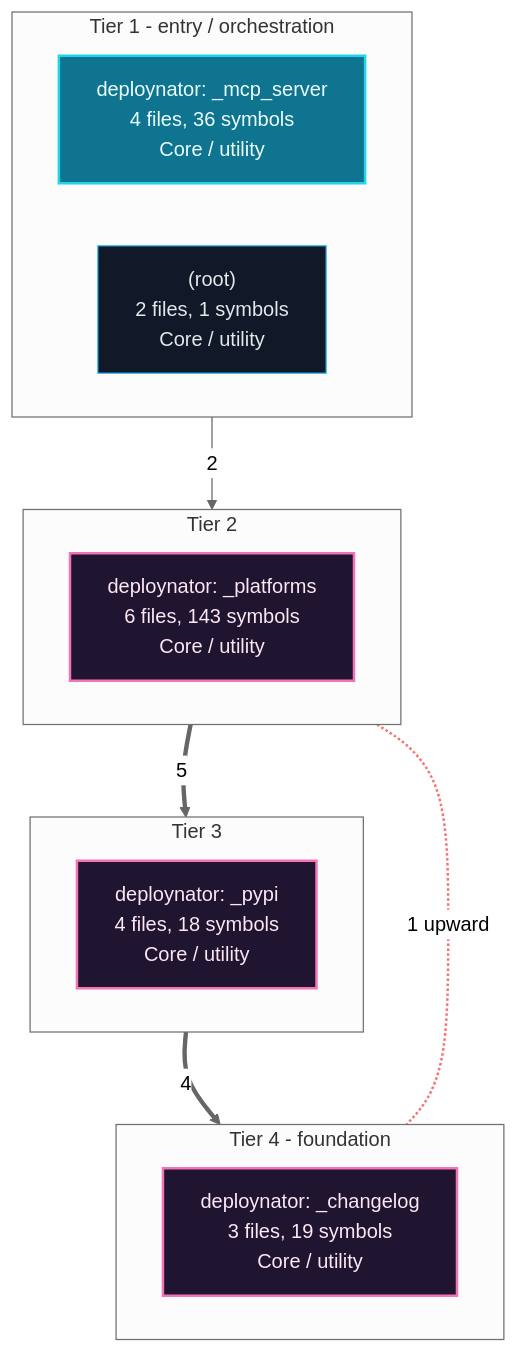
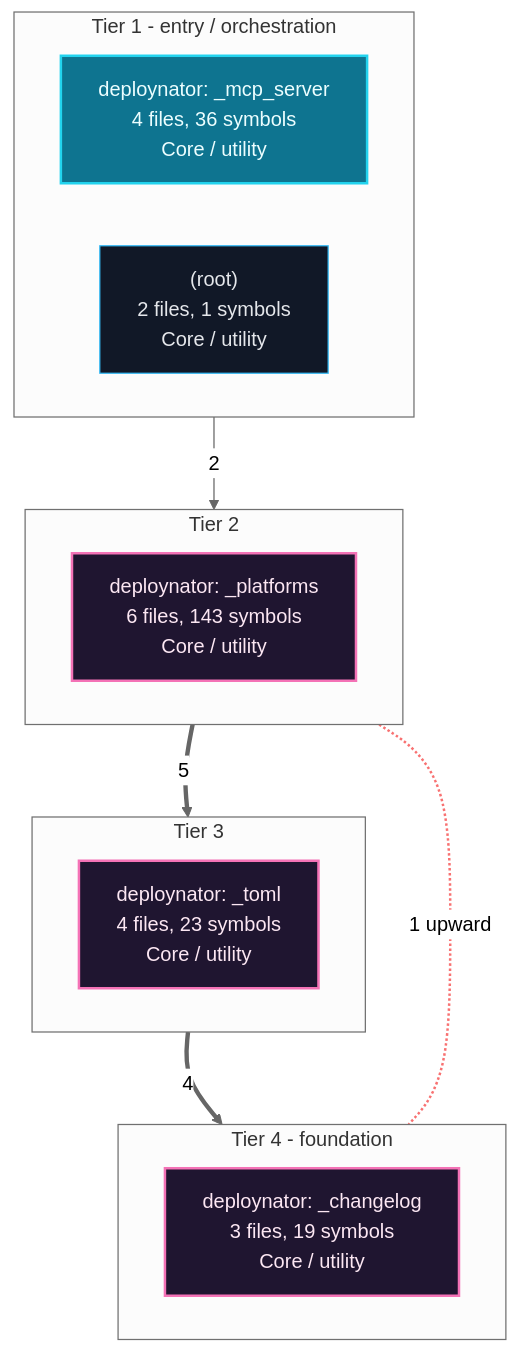
Before and after one commit to grisuno/deploynator: the first of 9 diagrams in readmenator-apidocs/architecture.md, drawn with Mermaid (neutral theme). The commit also changed other lines of this file and 82 other files, not shown here.

````diff
--- a/readmenator-apidocs/architecture.md
+++ b/readmenator-apidocs/architecture.md
@@ -11,31 +11,31 @@
 ```mermaid
 flowchart TB
     classDef cycle fill:#1f1530,stroke:#f472b6,color:#fce7f3,stroke-width:2px;
     classDef default fill:#111827,stroke:#38bdf8,color:#e5e7eb;
     classDef entry fill:#0e7490,stroke:#22d3ee,color:#ecfeff,stroke-width:2px;
     subgraph lane_0["Tier 1 - entry / orchestration"]
         direction LR
         n_c2["deploynator: _mcp_server<br/>4 files, 36 symbols<br/>Core / utility"]:::entry
         n_d__root_["(root)<br/>2 files, 1 symbols<br/>Core / utility"]:::default
     end
     subgraph lane_1["Tier 2"]
         direction LR
         n_c0["deploynator: _platforms<br/>6 files, 143 symbols<br/>Core / utility"]:::cycle
     end
     subgraph lane_2["Tier 3"]
         direction LR
-        n_c1["deploynator: _pypi<br/>4 files, 18 symbols<br/>Core / utility"]:::cycle
+        n_c1["deploynator: _toml<br/>4 files, 23 symbols<br/>Core / utility"]:::cycle
     end
     subgraph lane_3["Tier 4 - foundation"]
         direction LR
         n_c3["deploynator: _changelog<br/>3 files, 19 symbols<br/>Core / utility"]:::cycle
     end
     n_c0 ==>|"5"| n_c1
     n_c1 ==>|"4"| n_c3
     n_c2 -->|"2"| n_c0
     n_c0 <-.-|"1 upward"| n_c3
     linkStyle 3 stroke:#f87171,stroke-width:2px;
     n_c2 ~~~ n_c0
     n_c0 ~~~ n_c1
     n_c1 ~~~ n_c3
 ```
````
